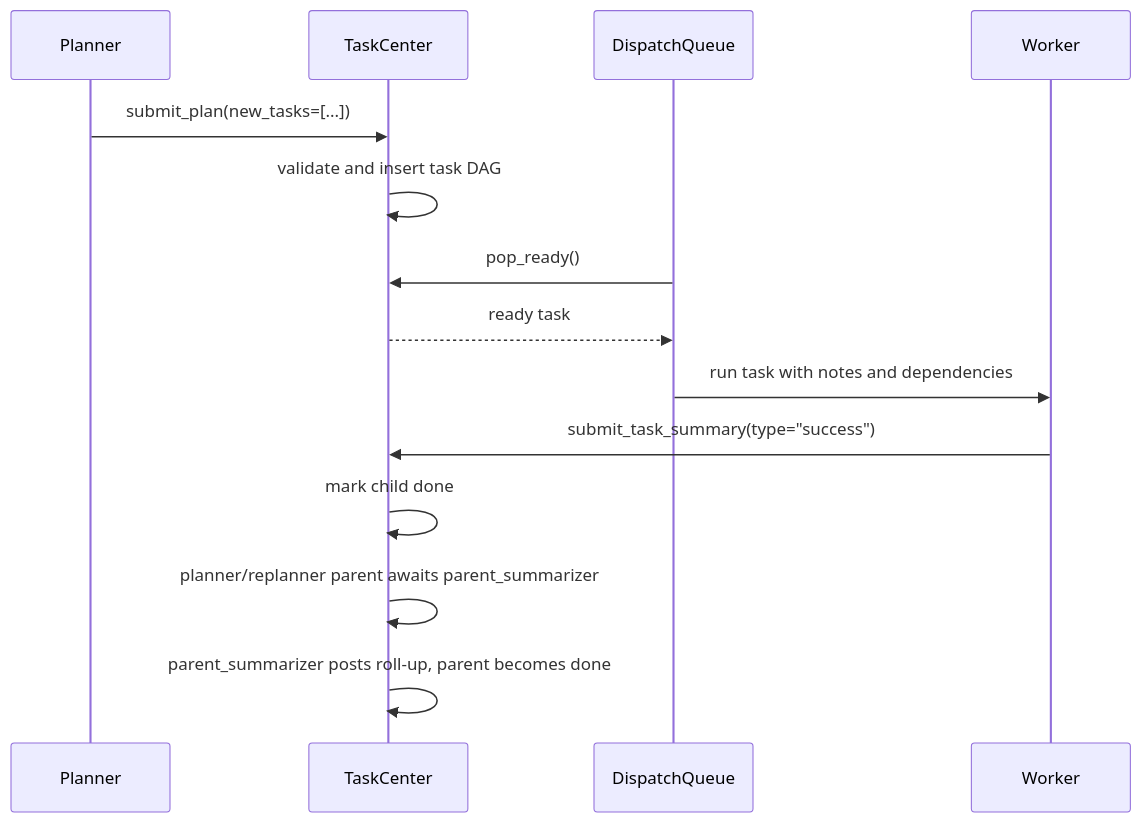
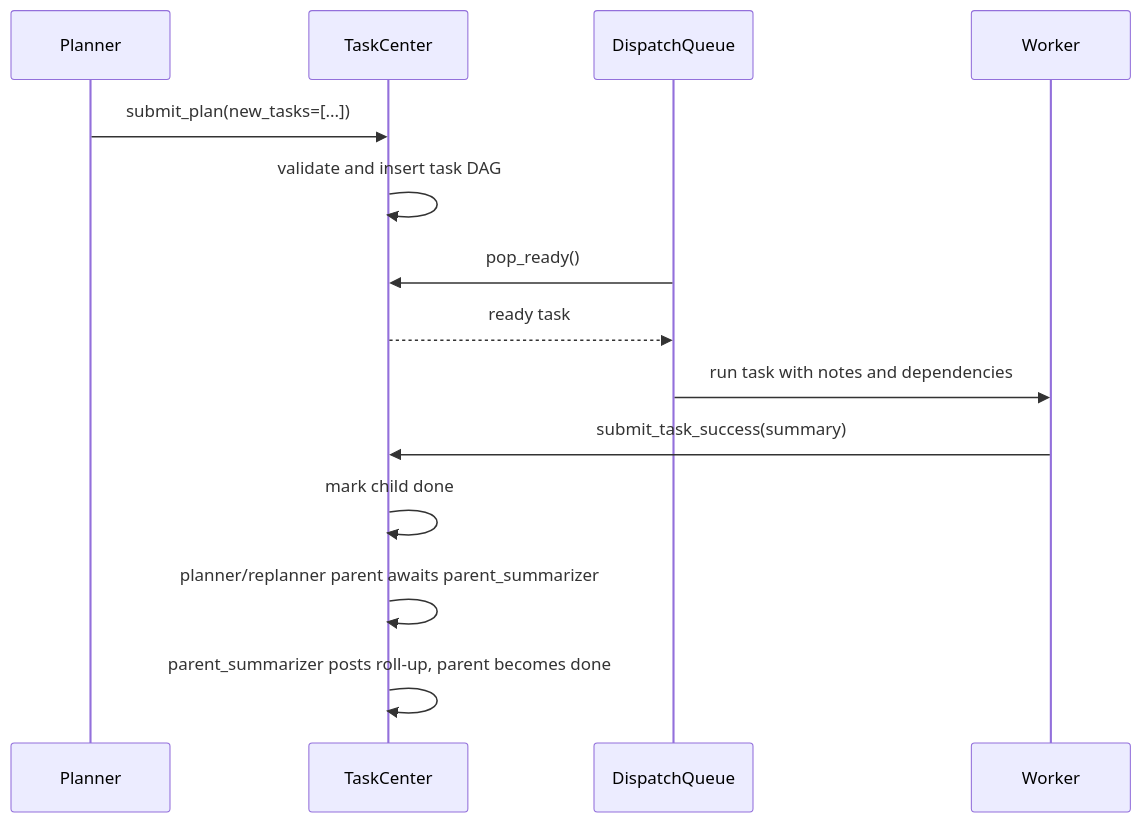
The first of 2 diagrams in docs/architecture/team-coordination.md (Ephemeral-AI-Lab/ephemeral-sandbox), drawn with Mermaid before and after one commit. The commit also changed other lines of this file and 46 other files, not shown here.

````diff
--- a/docs/architecture/team-coordination.md
+++ b/docs/architecture/team-coordination.md
@@ -7,17 +7,17 @@
 ```mermaid
 sequenceDiagram
     participant Planner
     participant TaskCenter
     participant DispatchQueue
     participant Worker
 
     Planner->>TaskCenter: submit_plan(new_tasks=[...])
     TaskCenter->>TaskCenter: validate and insert task DAG
     DispatchQueue->>TaskCenter: pop_ready()
     TaskCenter-->>DispatchQueue: ready task
     DispatchQueue->>Worker: run task with notes and dependencies
-    Worker->>TaskCenter: submit_task_summary(type="success")
+    Worker->>TaskCenter: submit_task_success(summary)
     TaskCenter->>TaskCenter: mark child done
     TaskCenter->>TaskCenter: planner/replanner parent awaits parent_summarizer
     TaskCenter->>TaskCenter: parent_summarizer posts roll-up, parent becomes done
 ```
````
